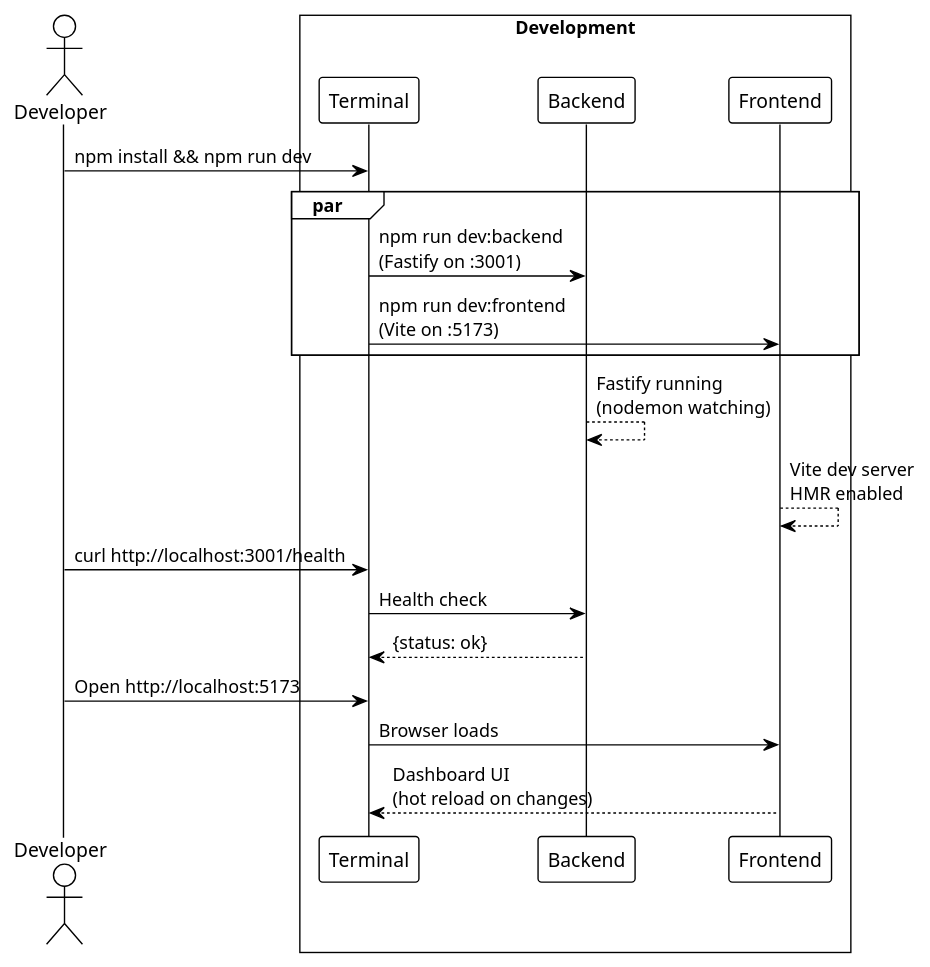
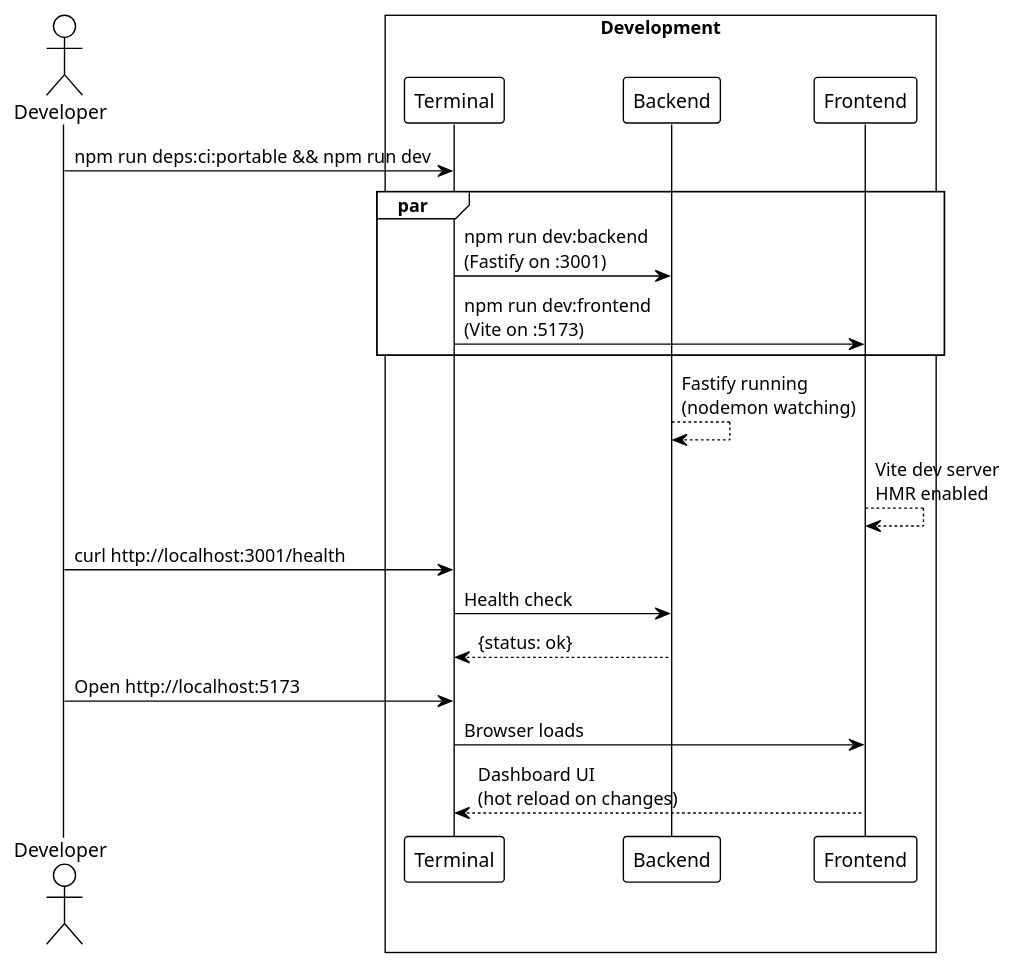
Before and after one commit to EraPartner/Watchman: the first of 3 diagrams in docs/common-tasks.md, drawn with PlantUML. The commit also changed other lines of this file and 45 other files, not shown here.

````diff
--- a/docs/common-tasks.md
+++ b/docs/common-tasks.md
@@ -165,31 +165,31 @@
 ```plantuml
 @startuml
 !theme plain
 
 actor "Developer" as Dev
 
 box "Development"
     participant "Terminal" as Term
     participant "Backend" as BE
     participant "Frontend" as FE
 end box
 
-Dev -> Term : npm install && npm run dev
+Dev -> Term : npm run deps:ci:portable && npm run dev
 
 par
     Term -> BE : npm run dev:backend\n(Fastify on :3001)
     Term -> FE : npm run dev:frontend\n(Vite on :5173)
 end
 
 BE --> BE : Fastify running\n(nodemon watching)
 FE --> FE : Vite dev server\nHMR enabled
 
 Dev -> Term : curl http://localhost:3001/health
 Term -> BE : Health check
 BE --> Term : {status: ok}
 
 Dev -> Term : Open http://localhost:5173
 Term -> FE : Browser loads
 FE --> Term : Dashboard UI\n(hot reload on changes)
 @enduml
 ```
````
